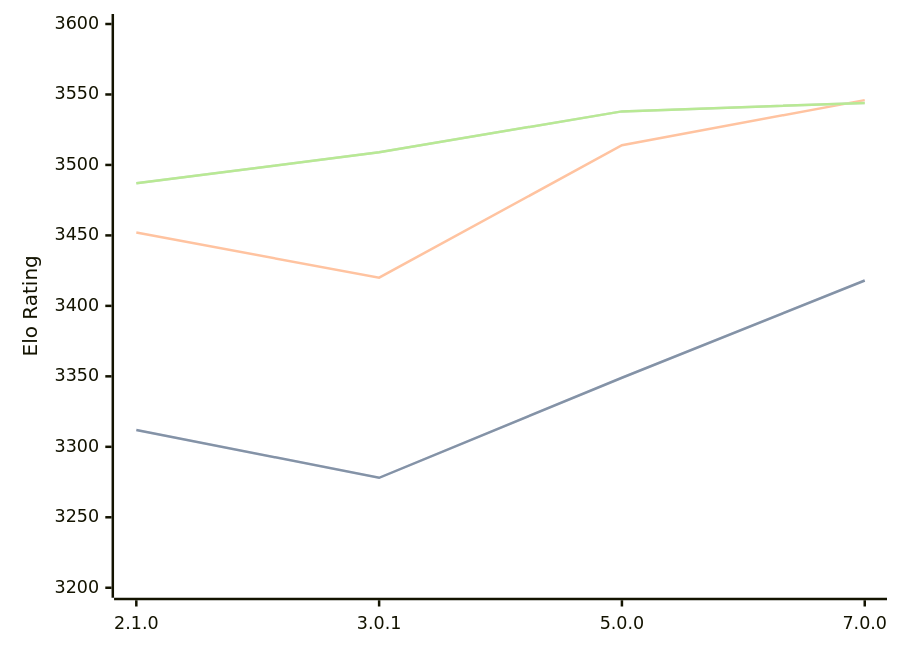
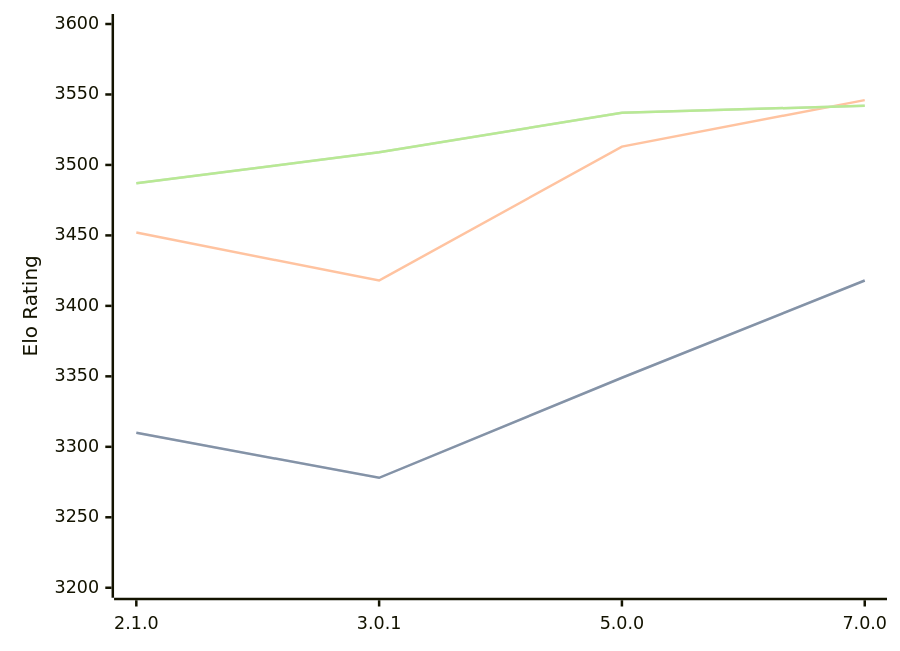
One commit to computer-chess-index/cci changed the third of 3 diagrams in engines/PlentyChess.md. Above: the diagram before and after it, drawn with Mermaid. The commit also changed other lines of this file, not shown here.

Commit message:
Update CCI Ratings (ELO VLTC) - 2026-06-20

````diff
--- a/engines/PlentyChess.md
+++ b/engines/PlentyChess.md
@@ -78,11 +78,11 @@
 ```mermaid
 %%{init: {"theme":"base","themeVariables":{"seriesColors:['#a3a3a3','#222221','#faa371']}}}%%
 xychart-beta
   x-axis ["2.1.0", "3.0.1", "5.0.0", "7.0.0"]
   y-axis "Elo Rating" 3200 --> 3600
-  line "STC (8.0+0.08s)" [3312, 3278, 3349, 3418]
-  line "STC (8.0+0.08s)" [3312, 3278, 3349, 3418]
-  line "LTC (60.0+0.60s)" [3452, 3420, 3514, 3546]
-  line "VLTC (2m24s+1.12s)" [3487, 3509, 3538, 3544]
-  line "VLTC (2m24s+1.12s)" [3487, 3509, 3538, 3544]
+  line "STC (8.0+0.08s)" [3310, 3278, 3349, 3418]
+  line "STC (8.0+0.08s)" [3310, 3278, 3349, 3418]
+  line "LTC (60.0+0.60s)" [3452, 3418, 3513, 3546]
+  line "VLTC (2m24s+1.12s)" [3487, 3509, 3537, 3542]
+  line "VLTC (2m24s+1.12s)" [3487, 3509, 3537, 3542]
 ```
````
